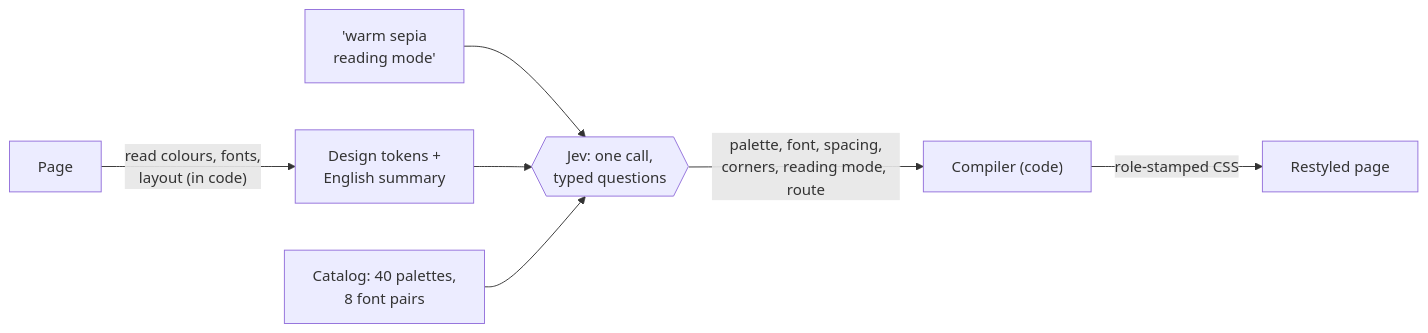
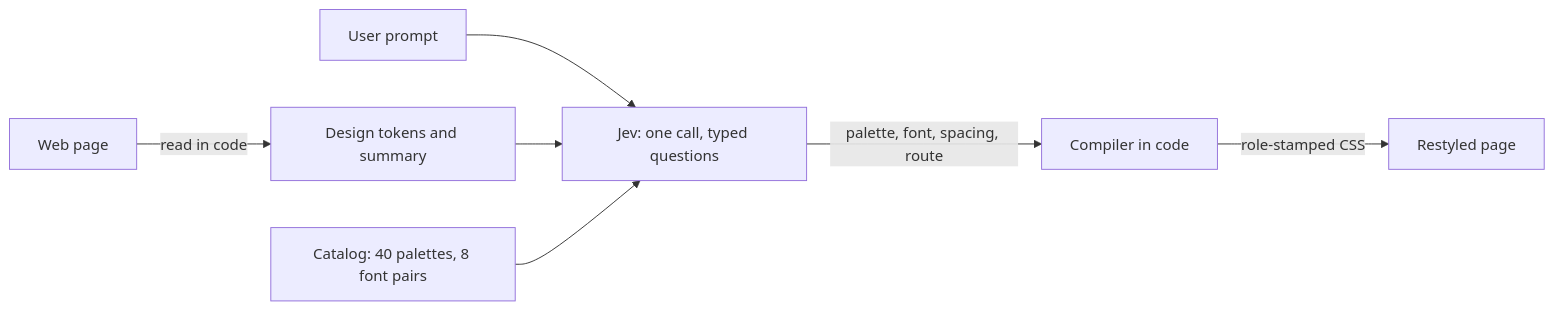
One commit to apneduniya/flora changed the diagram in README.md. Above: the diagram before and after it, drawn with Mermaid.

Commit message:
docs: simplify architecture diagram so it renders in any Mermaid viewer

````diff
--- a/README.md
+++ b/README.md
@@ -58,9 +58,9 @@
 ```mermaid
 flowchart LR
-    A["Page"] -->|"read colours, fonts,<br/>layout (in code)"| B["Design tokens +<br/>English summary"]
-    U["'warm sepia<br/>reading mode'"] --> J
-    B --> J{{"Jev: one call,<br/>typed questions"}}
-    C["Catalog: 40 palettes,<br/>8 font pairs"] --> J
-    J -->|"palette, font, spacing,<br/>corners, reading mode, route"| K["Compiler (code)"]
-    K -->|"role-stamped CSS"| P["Restyled page"]
+    A[Web page] -->|read in code| B[Design tokens and summary]
+    U[User prompt] --> J
+    B --> J[Jev: one call, typed questions]
+    C[Catalog: 40 palettes, 8 font pairs] --> J
+    J -->|palette, font, spacing, route| K[Compiler in code]
+    K -->|role-stamped CSS| P[Restyled page]
 ```
````
